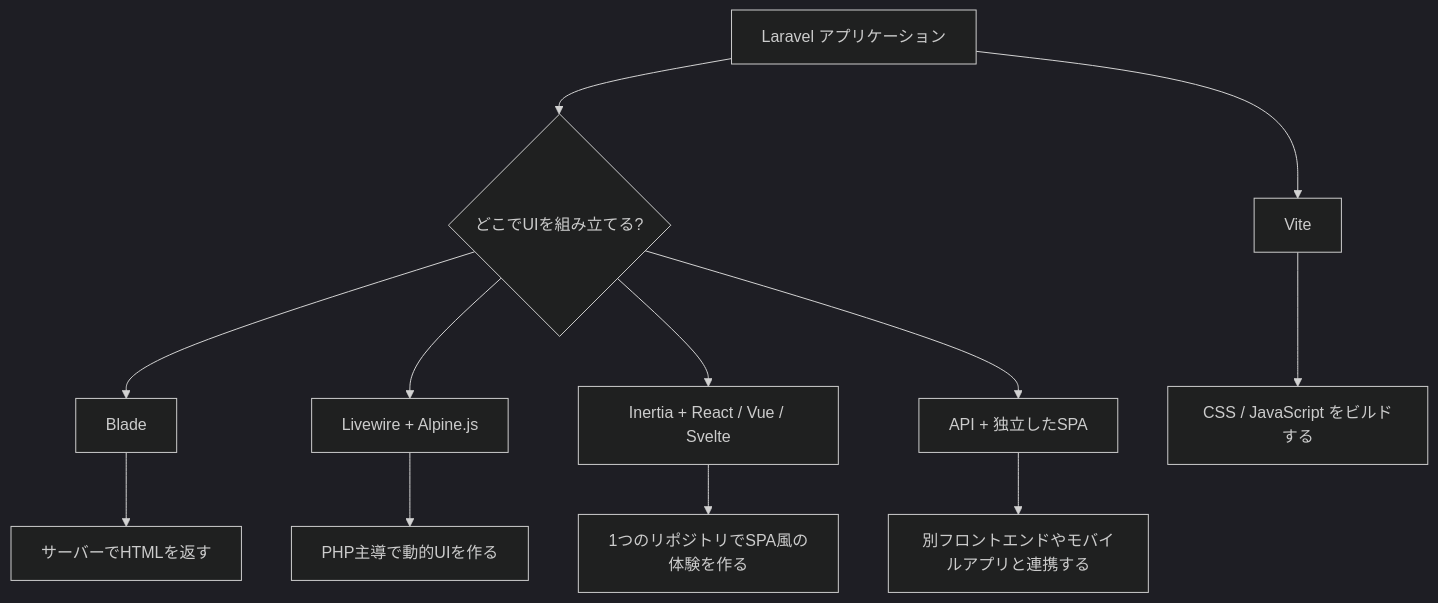
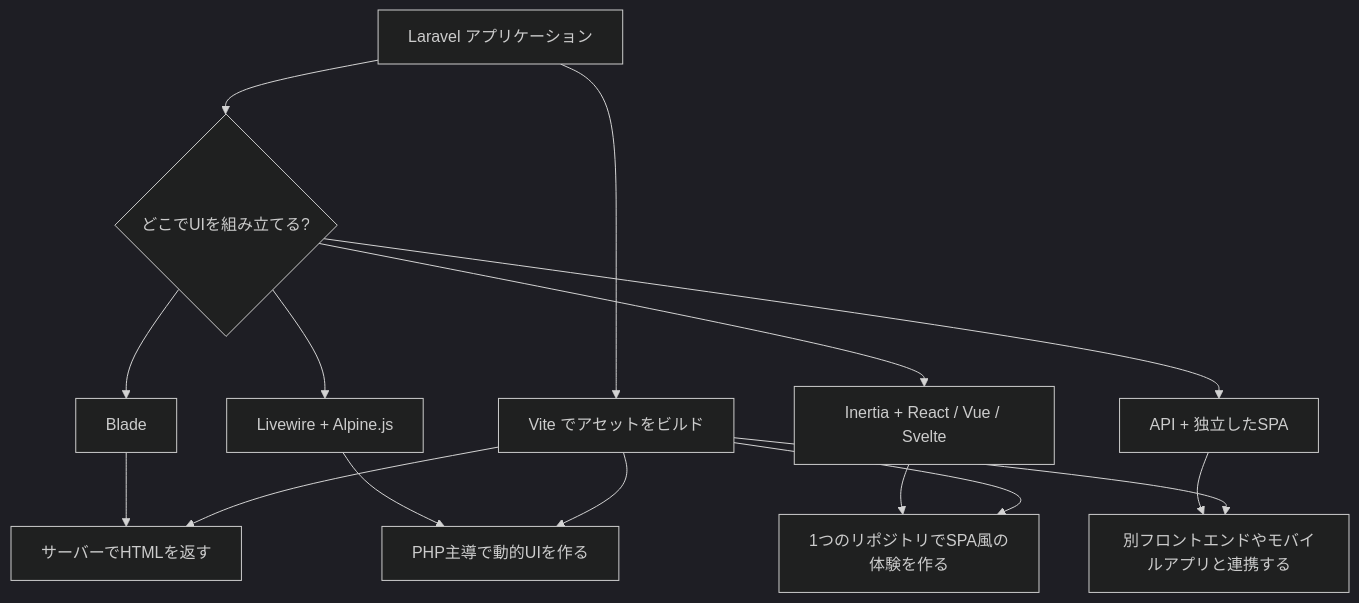
One commit to kawax/mintlify-docs changed the diagram in jp/frontend.mdx. Above: the diagram before and after it, drawn with Mermaid (dark theme). The commit also changed 2 other files, not shown here.

Commit message:
docs: refine frontend overview diagrams

````diff
--- a/jp/frontend.mdx
+++ b/jp/frontend.mdx
@@ -27,14 +27,17 @@
 ```mermaid
 flowchart TD
     A["Laravel アプリケーション"] --> B{"どこでUIを組み立てる?"}
+    A --> G["Vite でアセットをビルド"]
     B --> C["Blade"]
     B --> D["Livewire + Alpine.js"]
     B --> E["Inertia + React / Vue / Svelte"]
     B --> F["API + 独立したSPA"]
-    A --> G["Vite"]
     C --> C1["サーバーでHTMLを返す"]
     D --> D1["PHP主導で動的UIを作る"]
     E --> E1["1つのリポジトリでSPA風の体験を作る"]
     F --> F1["別フロントエンドやモバイルアプリと連携する"]
-    G --> G1["CSS / JavaScript をビルドする"]
+    G --> C1
+    G --> D1
+    G --> E1
+    G --> F1
 ```
````
